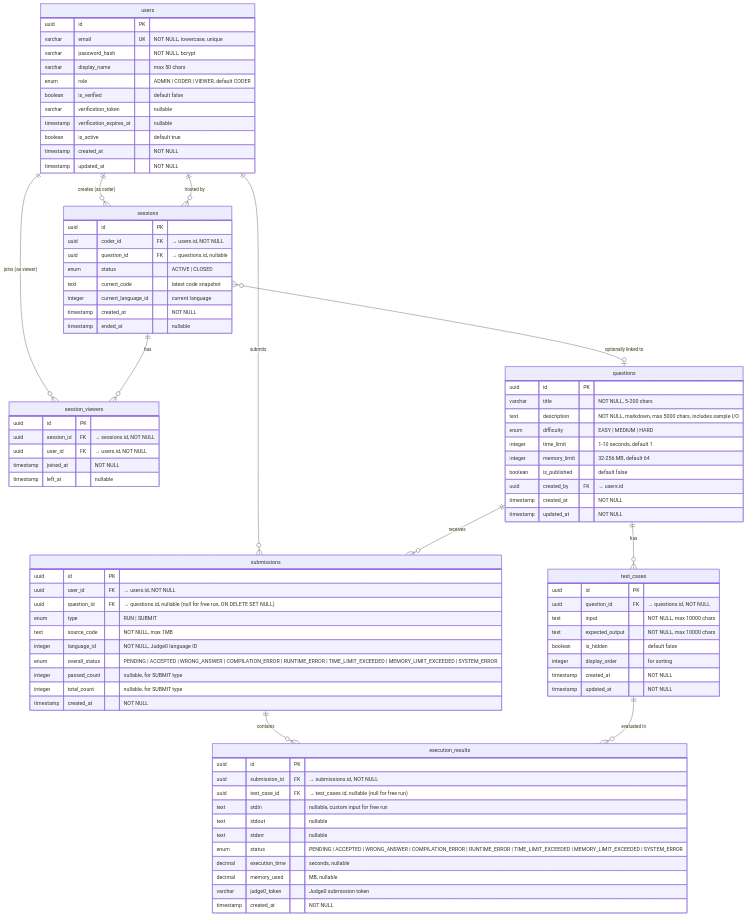
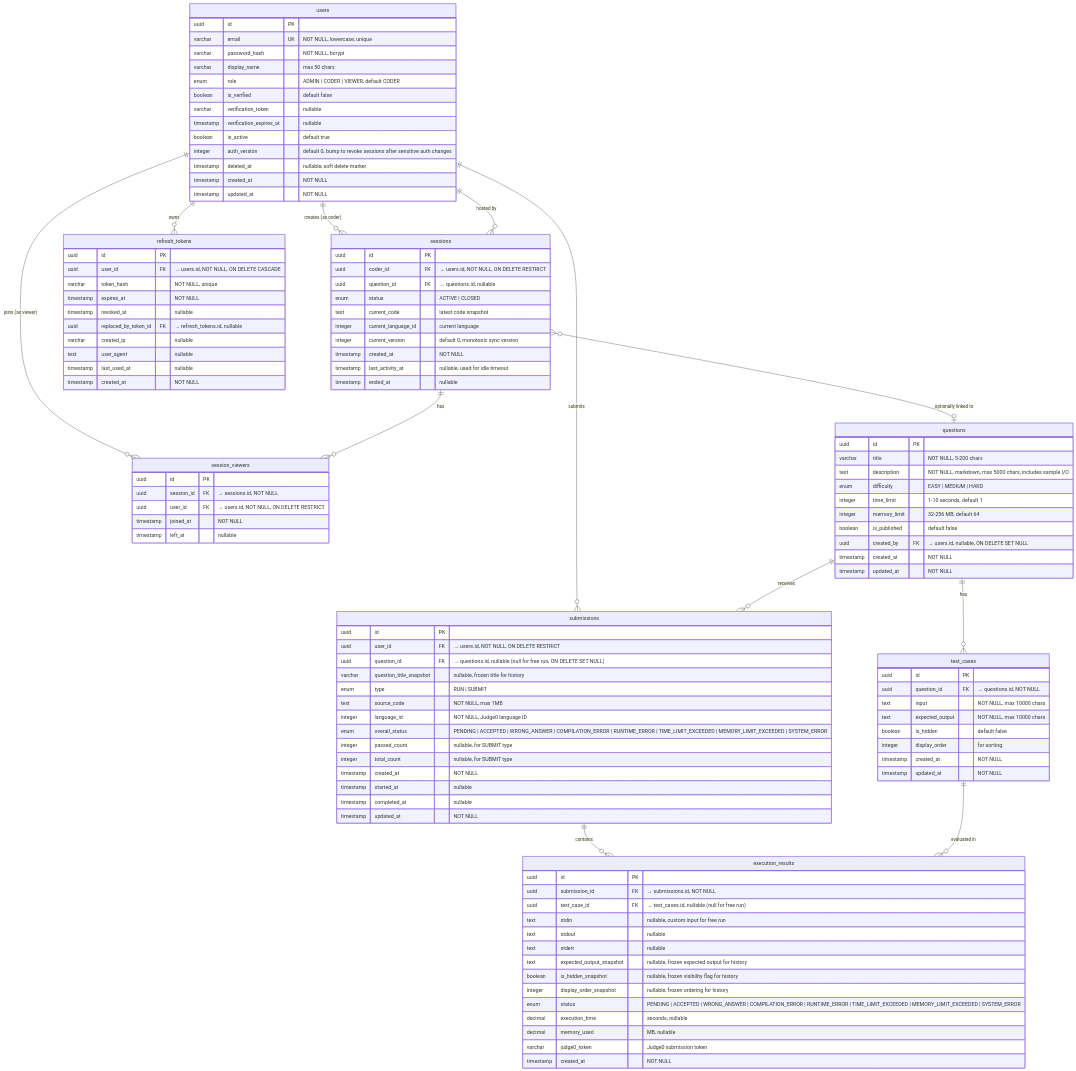
The diagram in docs/erd.md (TrungHieu-alt/IDE-ONLINE), drawn with Mermaid before and after one commit. The commit also changed other lines of this file and 5 other files, not shown here.

Commit message:
align online editor spec with async execution and refresh-token auth

````diff
--- a/docs/erd.md
+++ b/docs/erd.md
@@ -32,9 +32,13 @@
         varchar verification_token "nullable"
         timestamp verification_expires_at "nullable"
         boolean is_active "default true"
+        integer auth_version "default 0, bump to revoke sessions after sensitive auth changes"
+        timestamp deleted_at "nullable, soft delete marker"
         timestamp created_at "NOT NULL"
         timestamp updated_at "NOT NULL"
     }
+
+    users ||--o{ refresh_tokens : "owns"
 
     questions {
         uuid id PK
@@ -44,7 +48,7 @@
         integer time_limit "1-10 seconds, default 1"
         integer memory_limit "32-256 MB, default 64"
         boolean is_published "default false"
-        uuid created_by FK "→ users.id"
+        uuid created_by FK "→ users.id, nullable, ON DELETE SET NULL"
         timestamp created_at "NOT NULL"
         timestamp updated_at "NOT NULL"
     }
@@ -62,8 +66,9 @@
 
     submissions {
         uuid id PK
-        uuid user_id FK "→ users.id, NOT NULL"
+        uuid user_id FK "→ users.id, NOT NULL, ON DELETE RESTRICT"
         uuid question_id FK "→ questions.id, nullable (null for free run, ON DELETE SET NULL)"
+        varchar question_title_snapshot "nullable, frozen title for history"
         enum type "RUN | SUBMIT"
         text source_code "NOT NULL, max 1MB"
         integer language_id "NOT NULL, Judge0 language ID"
@@ -71,6 +76,9 @@
         integer passed_count "nullable, for SUBMIT type"
         integer total_count "nullable, for SUBMIT type"
         timestamp created_at "NOT NULL"
+        timestamp started_at "nullable"
+        timestamp completed_at "nullable"
+        timestamp updated_at "NOT NULL"
     }
 
     execution_results {
@@ -80,6 +88,9 @@
         text stdin "nullable, custom input for free run"
         text stdout "nullable"
         text stderr "nullable"
+        text expected_output_snapshot "nullable, frozen expected output for history"
+        boolean is_hidden_snapshot "nullable, frozen visibility flag for history"
+        integer display_order_snapshot "nullable, frozen ordering for history"
         enum status "PENDING | ACCEPTED | WRONG_ANSWER | COMPILATION_ERROR | RUNTIME_ERROR | TIME_LIMIT_EXCEEDED | MEMORY_LIMIT_EXCEEDED | SYSTEM_ERROR"
         decimal execution_time "seconds, nullable"
         decimal memory_used "MB, nullable"
@@ -89,20 +100,35 @@
 
     sessions {
         uuid id PK
-        uuid coder_id FK "→ users.id, NOT NULL"
+        uuid coder_id FK "→ users.id, NOT NULL, ON DELETE RESTRICT"
         uuid question_id FK "→ questions.id, nullable"
         enum status "ACTIVE | CLOSED"
         text current_code "latest code snapshot"
         integer current_language_id "current language"
+        integer current_version "default 0, monotonic sync version"
         timestamp created_at "NOT NULL"
+        timestamp last_activity_at "nullable, used for idle timeout"
         timestamp ended_at "nullable"
     }
 
     session_viewers {
         uuid id PK
         uuid session_id FK "→ sessions.id, NOT NULL"
-        uuid user_id FK "→ users.id, NOT NULL"
+        uuid user_id FK "→ users.id, NOT NULL, ON DELETE RESTRICT"
         timestamp joined_at "NOT NULL"
         timestamp left_at "nullable"
     }
+
+    refresh_tokens {
+        uuid id PK
+        uuid user_id FK "→ users.id, NOT NULL, ON DELETE CASCADE"
+        varchar token_hash "NOT NULL, unique"
+        timestamp expires_at "NOT NULL"
+        timestamp revoked_at "nullable"
+        uuid replaced_by_token_id FK "→ refresh_tokens.id, nullable"
+        varchar created_ip "nullable"
+        text user_agent "nullable"
+        timestamp last_used_at "nullable"
+        timestamp created_at "NOT NULL"
+    }
 ```
````
